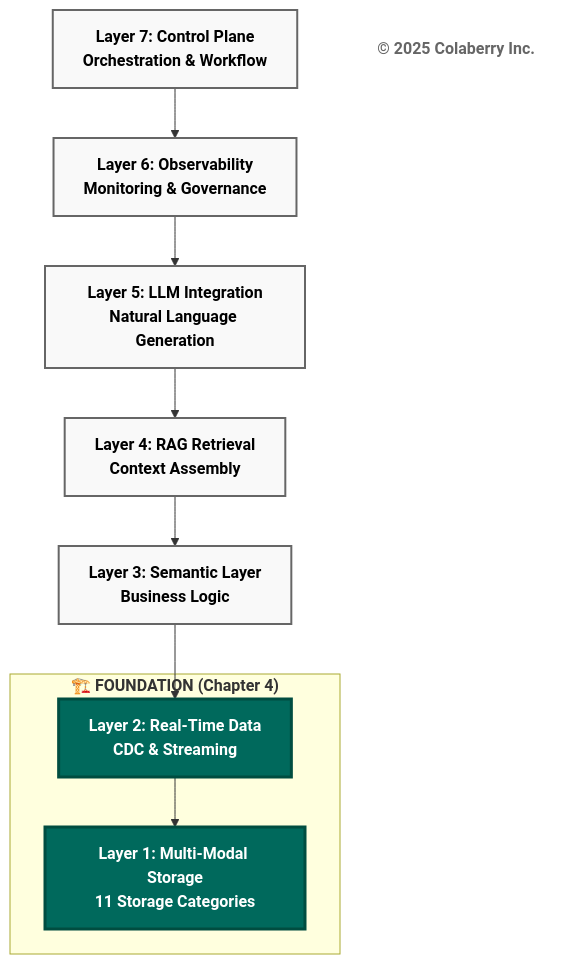
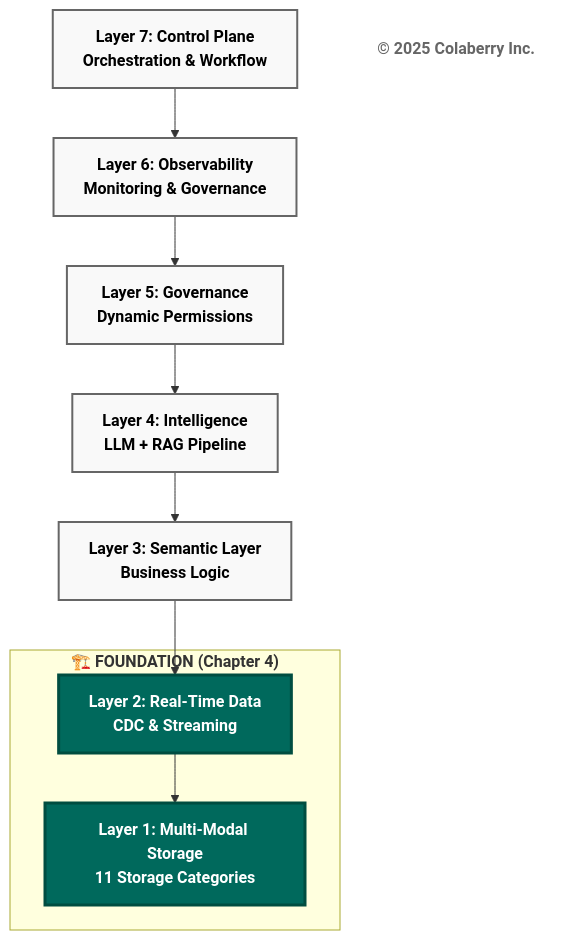
Before and after one commit to colaberry/trust-before-intelligence-book: the second of 8 diagrams in manuscript/chapter_4_foundation_layers_v3_6.md, drawn with Mermaid. The commit also changed other lines of this file, not shown here.

````diff
--- a/manuscript/chapter_4_foundation_layers_v3_6.md
+++ b/manuscript/chapter_4_foundation_layers_v3_6.md
@@ -58,27 +58,27 @@
 ```mermaid
 graph TB
     L7["<b>Layer 7: Control Plane</b><br/><b>Orchestration & Workflow</b>"]
     L6["<b>Layer 6: Observability</b><br/><b>Monitoring & Governance</b>"]
-    L5["<b>Layer 5: LLM Integration</b><br/><b>Natural Language Generation</b>"]
-    L4["<b>Layer 4: RAG Retrieval</b><br/><b>Context Assembly</b>"]
+    L5["<b>Layer 5: Governance</b><br/><b>Dynamic Permissions</b>"]
+    L4["<b>Layer 4: Intelligence</b><br/><b>LLM + RAG Pipeline</b>"]
     L3["<b>Layer 3: Semantic Layer</b><br/><b>Business Logic</b>"]
     
     subgraph "<b>🏗️ FOUNDATION (Chapter 4)</b>"
         L2["<b>Layer 2: Real-Time Data</b><br/><b>CDC & Streaming</b>"]
         L1["<b>Layer 1: Multi-Modal Storage</b><br/><b>11 Storage Categories</b>"]
     end
     
     Copyright["<b>© 2025 Colaberry Inc.</b>"]
     
     L7 --> L6 --> L5 --> L4 --> L3
     L3 --> L2 --> L1
     
     style L7 fill:#f9f9f9,stroke:#666666,stroke-width:2px,color:#000000
     style L6 fill:#f9f9f9,stroke:#666666,stroke-width:2px,color:#000000
     style L5 fill:#f9f9f9,stroke:#666666,stroke-width:2px,color:#000000
     style L4 fill:#f9f9f9,stroke:#666666,stroke-width:2px,color:#000000
     style L3 fill:#f9f9f9,stroke:#666666,stroke-width:2px,color:#000000
     style L2 fill:#00695c,color:#ffffff,stroke:#004d40,stroke-width:3px
     style L1 fill:#00695c,color:#ffffff,stroke:#004d40,stroke-width:3px
     style Copyright fill:#ffffff,stroke:none,color:#666666
 ```
````
